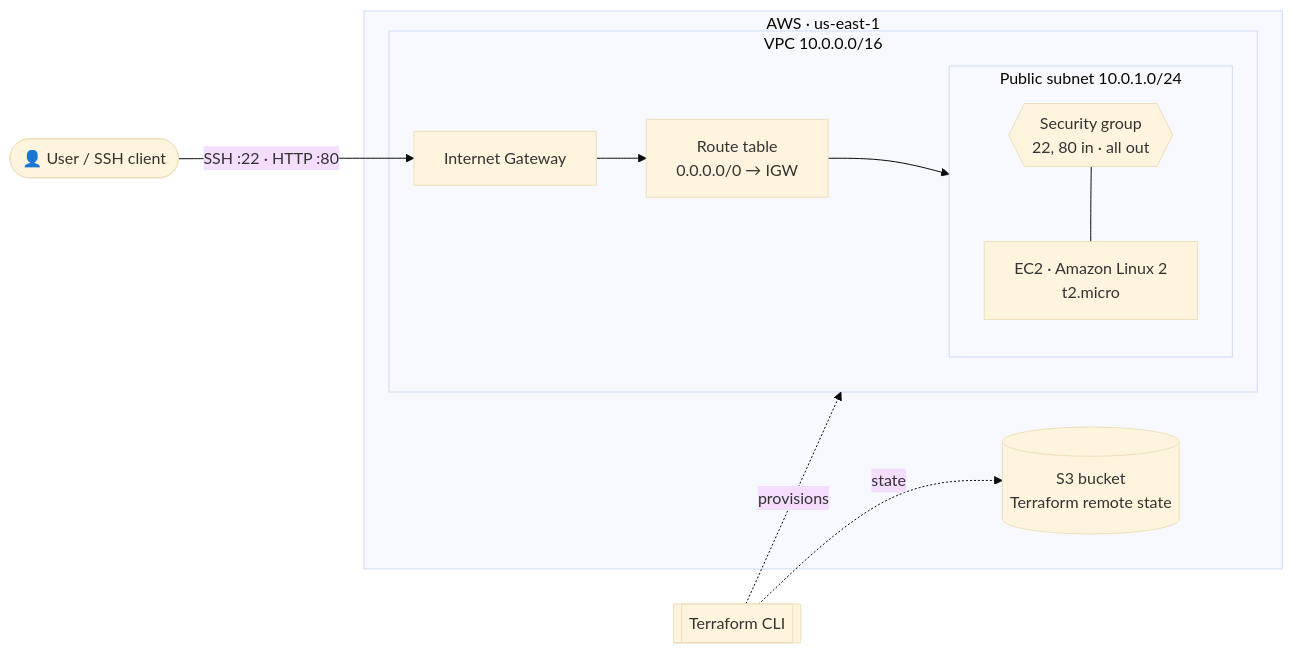
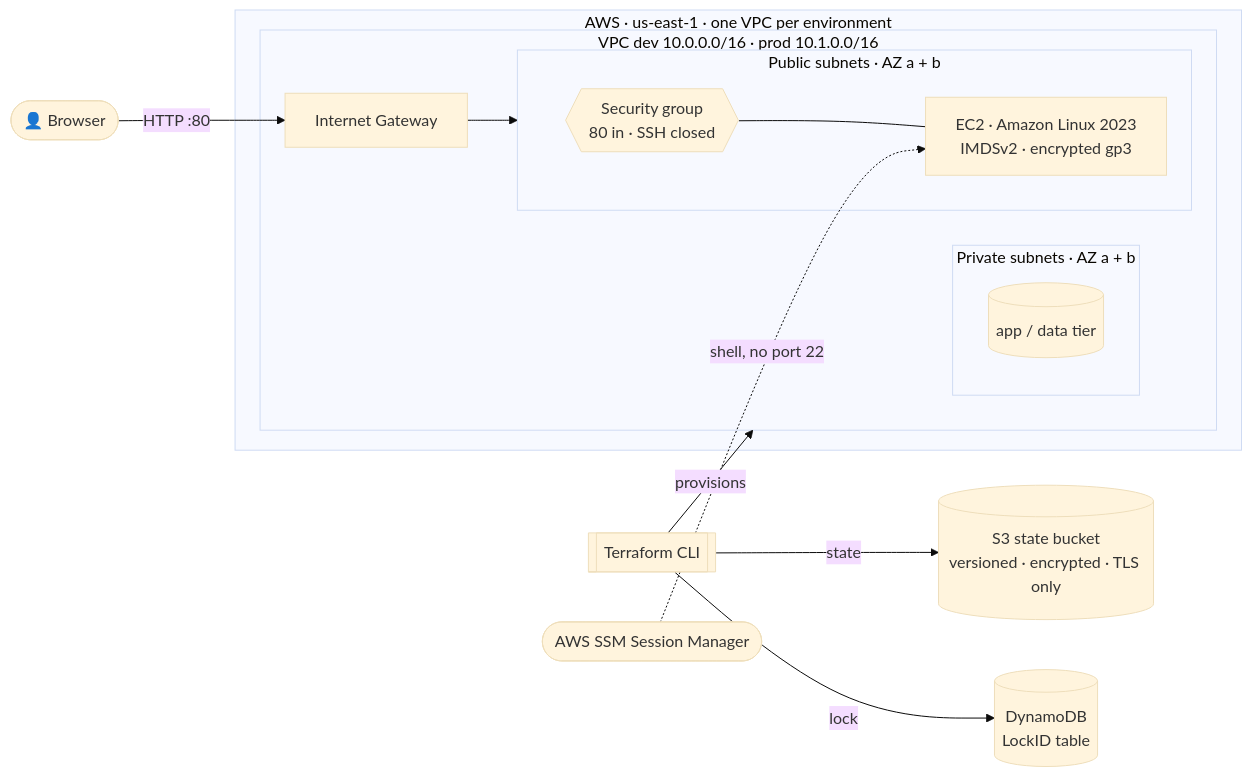
One commit to anubhav1941/terraform-aws-infra changed the diagram in README.md. Above: the diagram before and after it, drawn with Mermaid (base theme). The commit also changed other lines of this file and 38 other files, not shown here.

````diff
--- a/README.md
+++ b/README.md
@@ -19,16 +20,19 @@
 ```mermaid
 flowchart LR
-    user([👤 User / SSH client]) -->|SSH :22 · HTTP :80| igw[Internet Gateway]
-    subgraph aws[AWS · us-east-1]
-        subgraph vpc[VPC 10.0.0.0/16]
-            igw --> rt[Route table<br/>0.0.0.0/0 → IGW]
-            rt --> subnet
-            subgraph subnet[Public subnet 10.0.1.0/24]
-                sg{{Security group<br/>22, 80 in · all out}} --- ec2[EC2 · Amazon Linux 2<br/>t2.micro]
+    tf[[Terraform CLI]] -->|state| s3[(S3 state bucket<br/>versioned · encrypted · TLS only)]
+    tf -->|lock| ddb[(DynamoDB<br/>LockID table)]
+    tf -->|provisions| vpc
+    user([👤 Browser]) -->|HTTP :80| igw[Internet Gateway]
+    subgraph aws[AWS · us-east-1 · one VPC per environment]
+        subgraph vpc[VPC  dev 10.0.0.0/16 · prod 10.1.0.0/16]
+            igw --> pub
+            subgraph pub[Public subnets · AZ a + b]
+                sg{{Security group<br/>80 in · SSH closed}} --- ec2[EC2 · Amazon Linux 2023<br/>IMDSv2 · encrypted gp3]
+            end
+            subgraph priv[Private subnets · AZ a + b]
+                app[(app / data tier)]
             end
         end
-        s3[(S3 bucket<br/>Terraform remote state)]
     end
-    tf[[Terraform CLI]] -.->|state| s3
-    tf -.->|provisions| vpc
+    ssm([AWS SSM Session Manager]) -.->|shell, no port 22| ec2
 ```
````
